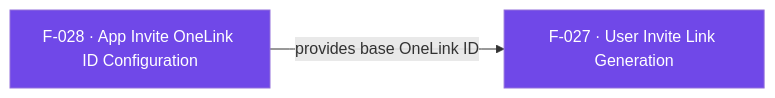
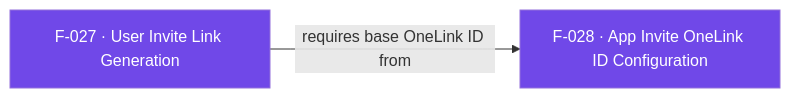
One commit to AppsFlyerSDK/appsflyer-flutter-plugin changed the diagram in internal-docs/features/F-027-user-invite-link-generation-onelink.md. Above: the diagram before and after it, drawn with Mermaid. The commit also changed other lines of this file and 82 other files, not shown here.

````diff
--- a/internal-docs/features/F-027-user-invite-link-generation-onelink.md
+++ b/internal-docs/features/F-027-user-invite-link-generation-onelink.md
@@ -71,5 +73,5 @@
 ```mermaid
 flowchart LR
-    F028["F-028 · App Invite OneLink ID Configuration"]:::oneLinkAndGrowth -->|"provides base OneLink ID"| F027["F-027 · User Invite Link Generation"]:::oneLinkAndGrowth
+    F027["F-027 · User Invite Link Generation"]:::oneLinkAndGrowth -->|"requires base OneLink ID from"| F028["F-028 · App Invite OneLink ID Configuration"]:::oneLinkAndGrowth
     classDef oneLinkAndGrowth fill:#7048E8,color:#fff
 ```
````
